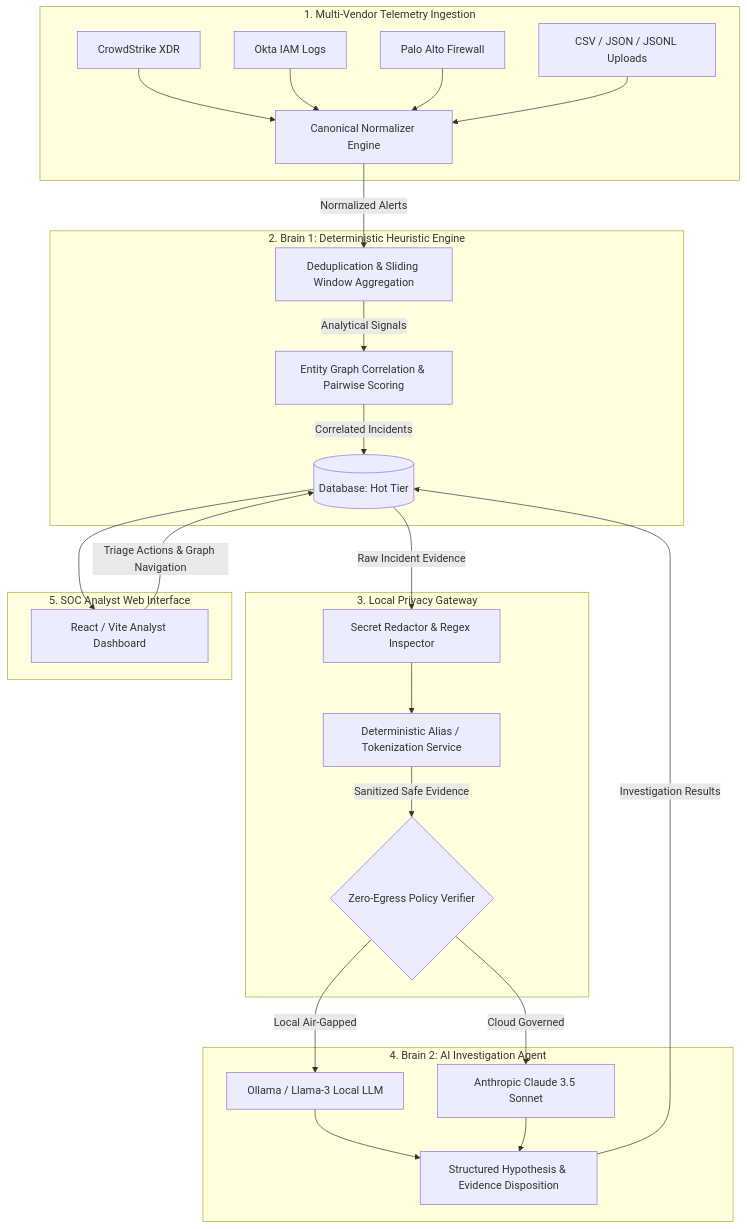
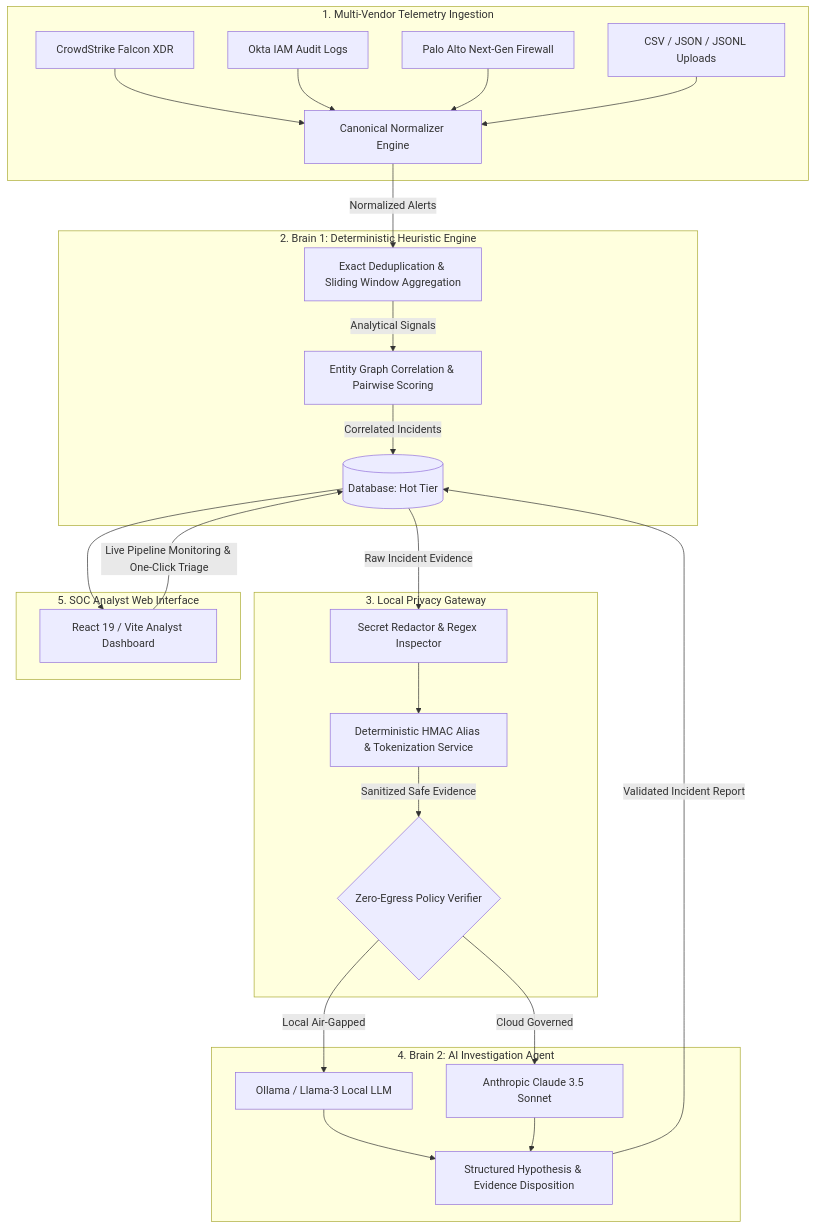
Before and after one commit to Ashlesh59/SentinalOps: the diagram in README.md, drawn with Mermaid. The commit also changed other lines of this file and 1 other file, not shown here.

Commit message:
docs: update README.md and JUDGING_REPORT.md with LiveAnalysis pipeline metrics and scoring

````diff
--- a/README.md
+++ b/README.md
@@ -28,34 +31,34 @@
 ```mermaid
 flowchart TD
     subgraph Ingestion["1. Multi-Vendor Telemetry Ingestion"]
-        A1[CrowdStrike XDR] --> B[Canonical Normalizer Engine]
-        A2[Okta IAM Logs] --> B
-        A3[Palo Alto Firewall] --> B
+        A1[CrowdStrike Falcon XDR] --> B[Canonical Normalizer Engine]
+        A2[Okta IAM Audit Logs] --> B
+        A3[Palo Alto Next-Gen Firewall] --> B
         A4[CSV / JSON / JSONL Uploads] --> B
     end
 
     subgraph Brain1["2. Brain 1: Deterministic Heuristic Engine"]
-        B -->|Normalized Alerts| C[Deduplication & Sliding Window Aggregation]
+        B -->|Normalized Alerts| C[Exact Deduplication & Sliding Window Aggregation]
         C -->|Analytical Signals| D[Entity Graph Correlation & Pairwise Scoring]
         D -->|Correlated Incidents| E[(Database: Hot Tier)]
     end
 
     subgraph Privacy["3. Local Privacy Gateway"]
         E -->|Raw Incident Evidence| F[Secret Redactor & Regex Inspector]
-        F --> G[Deterministic Alias / Tokenization Service]
+        F --> G[Deterministic HMAC Alias & Tokenization Service]
         G -->|Sanitized Safe Evidence| H{Zero-Egress Policy Verifier}
     end
 
     subgraph Brain2["4. Brain 2: AI Investigation Agent"]
         H -->|Local Air-Gapped| I1[Ollama / Llama-3 Local LLM]
         H -->|Cloud Governed| I2[Anthropic Claude 3.5 Sonnet]
         I1 --> J[Structured Hypothesis & Evidence Disposition]
         I2 --> J
-        J -->|Investigation Results| E
+        J -->|Validated Incident Report| E
     end
 
     subgraph UI["5. SOC Analyst Web Interface"]
-        E --> K[React / Vite Analyst Dashboard]
-        K -->|Triage Actions & Graph Navigation| E
+        E --> K[React 19 / Vite Analyst Dashboard]
+        K -->|Live Pipeline Monitoring & One-Click Triage| E
     end
 ```
````
